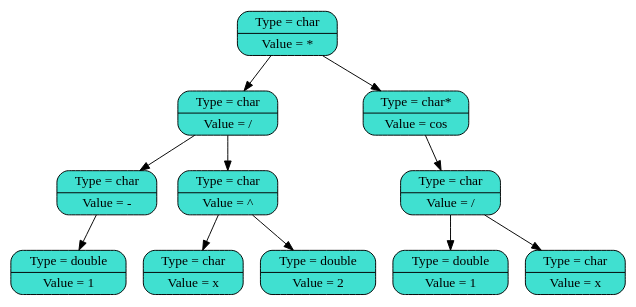
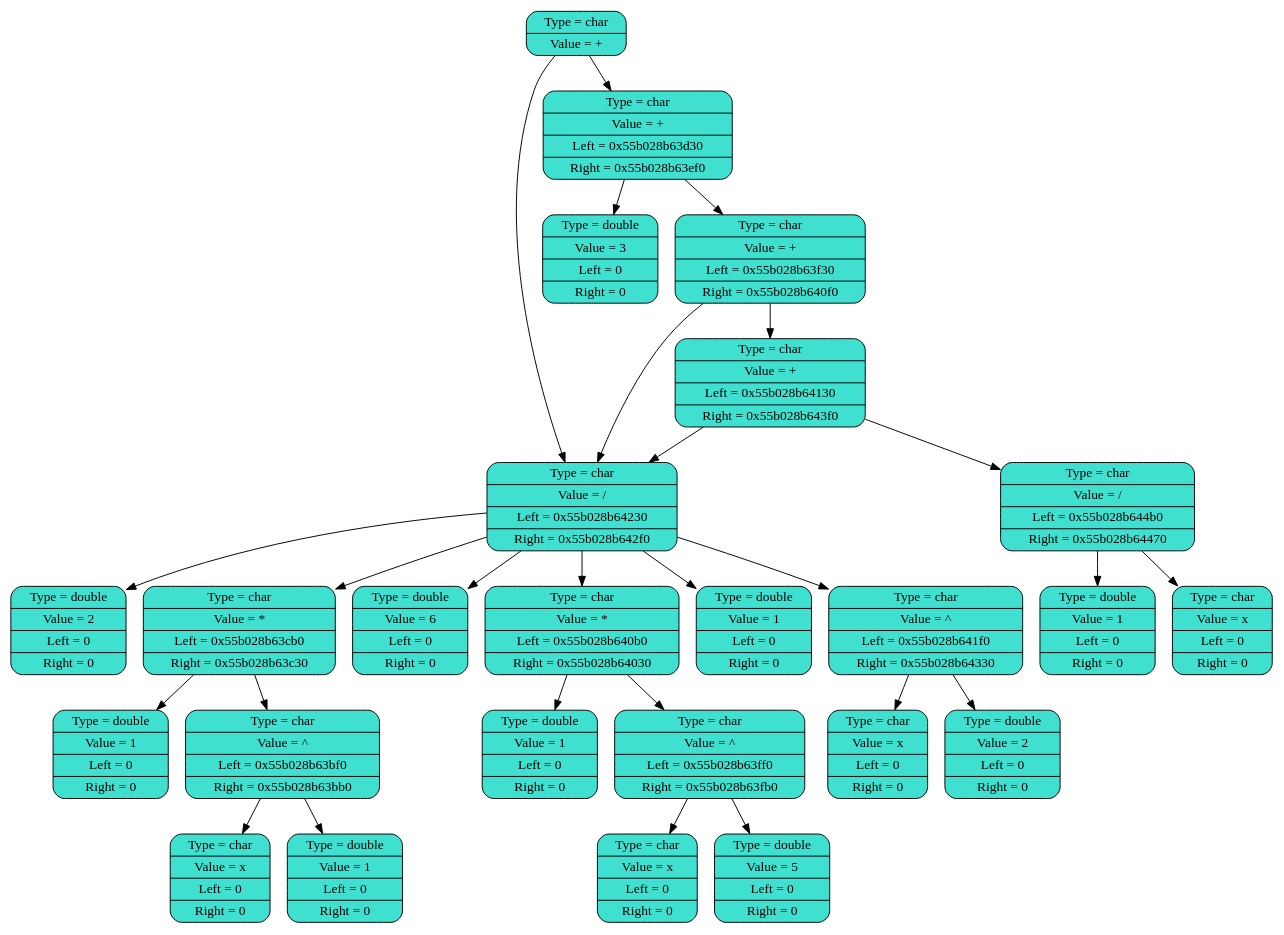
One commit to Kitaev2003/Differentiator changed the diagram in Differentiator.dot. Above: the diagram before and after it, drawn with Graphviz. The commit also changed 7 other files, not shown here.

```diff
--- a/Differentiator.dot
+++ b/Differentiator.dot
@@ -1,26 +1,58 @@
 digraph graphname 
  {
 node [shape=record, color = "black"]; //Описание блоков графа
-	9[fillcolor = "#40e0d0", style="rounded,filled", label="{Type =  char| Value = *}"];
+	24[fillcolor = "#40e0d0", style="rounded,filled", label="{Type =  char| Value = +}"];
 //Далее работа функции BodyDump
-	0[fillcolor = "#40e0d0", style="rounded,filled", label="{Type = char| Value = /}"];
-	9->0;
-	11[fillcolor = "#40e0d0", style="rounded,filled", label="{Type = char| Value = -}"];
-	0->11;
-	13[fillcolor = "#40e0d0", style="rounded,filled", label="{Type = double| Value = 1}"];
-	11->13;
-	14[fillcolor = "#40e0d0", style="rounded,filled", label="{Type = char| Value = ^}"];
-	0->14;
-	52[fillcolor = "#40e0d0", style="rounded,filled", label="{Type = char| Value = x}"];
-	14->52;
-	15[fillcolor = "#40e0d0", style="rounded,filled", label="{Type = double| Value = 2}"];
-	14->15;
-	10[fillcolor = "#40e0d0", style="rounded,filled", label="{Type = char*| Value = cos}"];
-	9->10;
-	3[fillcolor = "#40e0d0", style="rounded,filled", label="{Type = char| Value = /}"];
-	10->3;
-	2[fillcolor = "#40e0d0", style="rounded,filled", label="{Type = double| Value = 1}"];
-	3->2;
-	4[fillcolor = "#40e0d0", style="rounded,filled", label="{Type = char| Value = x}"];
-	3->4;
+	0[fillcolor = "#40e0d0", style="rounded,filled", label="{Type = char| Value = * | Left = 0x55b028b63c70|Right = 0x55b028b63b70}"];
+	24->0;
+	29[fillcolor = "#40e0d0", style="rounded,filled", label="{Type = double| Value = 2| Left = 0|Right = 0}"];
+	0->29;
+	27[fillcolor = "#40e0d0", style="rounded,filled", label="{Type = char| Value = * | Left = 0x55b028b63cb0|Right = 0x55b028b63c30}"];
+	0->27;
+	30[fillcolor = "#40e0d0", style="rounded,filled", label="{Type = double| Value = 1| Left = 0|Right = 0}"];
+	27->30;
+	28[fillcolor = "#40e0d0", style="rounded,filled", label="{Type = char| Value = ^ | Left = 0x55b028b63bf0|Right = 0x55b028b63bb0}"];
+	27->28;
+	25[fillcolor = "#40e0d0", style="rounded,filled", label="{Type = char| Value = x | Left = 0|Right = 0}"];
+	28->25;
+	26[fillcolor = "#40e0d0", style="rounded,filled", label="{Type = double| Value = 1| Left = 0|Right = 0}"];
+	28->26;
+	31[fillcolor = "#40e0d0", style="rounded,filled", label="{Type = char| Value = + | Left = 0x55b028b63d30|Right = 0x55b028b63ef0}"];
+	24->31;
+	32[fillcolor = "#40e0d0", style="rounded,filled", label="{Type = double| Value = 3| Left = 0|Right = 0}"];
+	31->32;
+	35[fillcolor = "#40e0d0", style="rounded,filled", label="{Type = char| Value = + | Left = 0x55b028b63f30|Right = 0x55b028b640f0}"];
+	31->35;
+	0[fillcolor = "#40e0d0", style="rounded,filled", label="{Type = char| Value = * | Left = 0x55b028b64070|Right = 0x55b028b63f70}"];
+	35->0;
+	40[fillcolor = "#40e0d0", style="rounded,filled", label="{Type = double| Value = 6| Left = 0|Right = 0}"];
+	0->40;
+	38[fillcolor = "#40e0d0", style="rounded,filled", label="{Type = char| Value = * | Left = 0x55b028b640b0|Right = 0x55b028b64030}"];
+	0->38;
+	41[fillcolor = "#40e0d0", style="rounded,filled", label="{Type = double| Value = 1| Left = 0|Right = 0}"];
+	38->41;
+	39[fillcolor = "#40e0d0", style="rounded,filled", label="{Type = char| Value = ^ | Left = 0x55b028b63ff0|Right = 0x55b028b63fb0}"];
+	38->39;
+	36[fillcolor = "#40e0d0", style="rounded,filled", label="{Type = char| Value = x | Left = 0|Right = 0}"];
+	39->36;
+	37[fillcolor = "#40e0d0", style="rounded,filled", label="{Type = double| Value = 5| Left = 0|Right = 0}"];
+	39->37;
+	42[fillcolor = "#40e0d0", style="rounded,filled", label="{Type = char| Value = + | Left = 0x55b028b64130|Right = 0x55b028b643f0}"];
+	35->42;
+	0[fillcolor = "#40e0d0", style="rounded,filled", label="{Type = char| Value = / | Left = 0x55b028b64230|Right = 0x55b028b642f0}"];
+	42->0;
+	45[fillcolor = "#40e0d0", style="rounded,filled", label="{Type = double| Value = 1| Left = 0|Right = 0}"];
+	0->45;
+	46[fillcolor = "#40e0d0", style="rounded,filled", label="{Type = char| Value = ^ | Left = 0x55b028b641f0|Right = 0x55b028b64330}"];
+	0->46;
+	63[fillcolor = "#40e0d0", style="rounded,filled", label="{Type = char| Value = x | Left = 0|Right = 0}"];
+	46->63;
+	47[fillcolor = "#40e0d0", style="rounded,filled", label="{Type = double| Value = 2| Left = 0|Right = 0}"];
+	46->47;
+	50[fillcolor = "#40e0d0", style="rounded,filled", label="{Type = char| Value = / | Left = 0x55b028b644b0|Right = 0x55b028b64470}"];
+	42->50;
+	51[fillcolor = "#40e0d0", style="rounded,filled", label="{Type = double| Value = 1| Left = 0|Right = 0}"];
+	50->51;
+	18[fillcolor = "#40e0d0", style="rounded,filled", label="{Type = char| Value = x | Left = 0|Right = 0}"];
+	50->18;
 }
```
